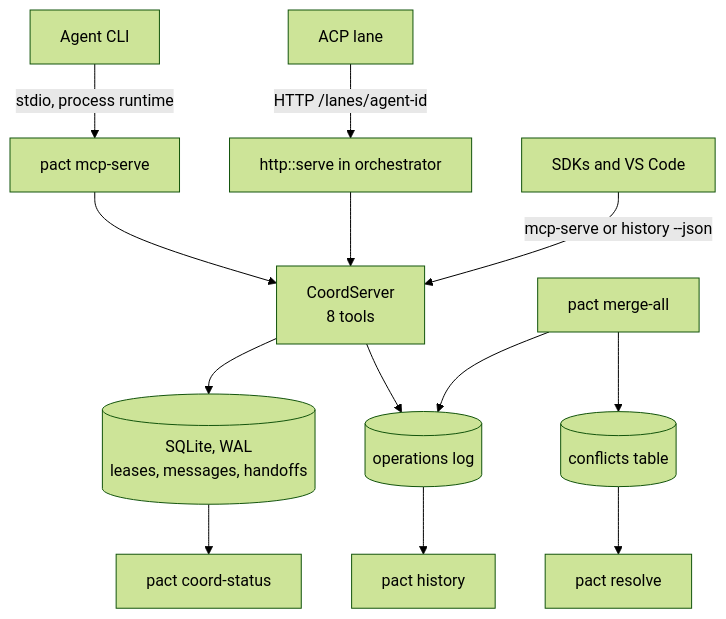
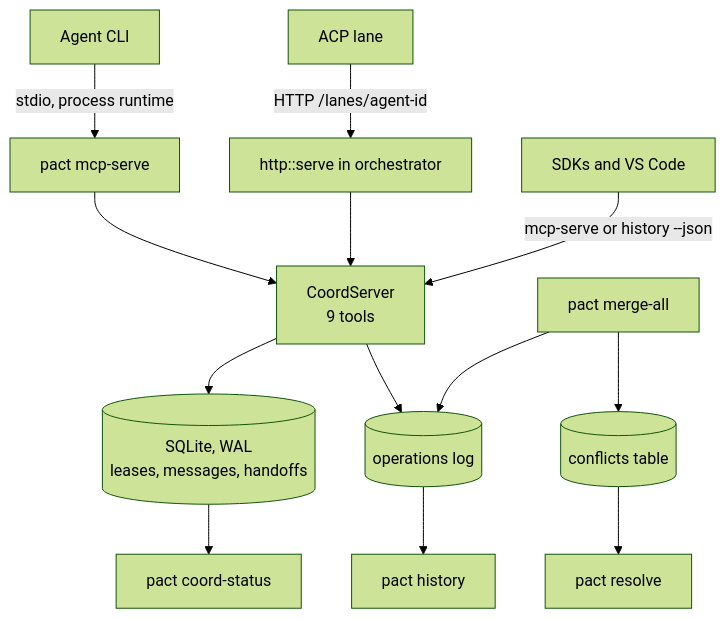
One commit to zekariasasaminew/pact changed the diagram in docs/design/coord.md. Above: the diagram before and after it, drawn with Mermaid (forest theme). The commit also changed other lines of this file and 18 other files, not shown here.

````diff
--- a/docs/design/coord.md
+++ b/docs/design/coord.md
@@ -20,15 +21,15 @@
 ```mermaid
 flowchart TD
     A["Agent CLI"] -->|"stdio, process runtime"| B["pact mcp-serve"]
     A2["ACP lane"] -->|"HTTP /lanes/agent-id"| C["http::serve in orchestrator"]
-    B --> D["CoordServer<br/>8 tools"]
+    B --> D["CoordServer<br/>9 tools"]
     C --> D
     D --> E[("SQLite, WAL<br/>leases, messages, handoffs")]
     D --> F[("operations log")]
     G["pact merge-all"] --> H[("conflicts table")]
     G --> F
     E --> I["pact coord-status"]
     F --> J["pact history"]
     H --> K["pact resolve"]
     L["SDKs and VS Code"] -->|"mcp-serve or history --json"| D
 ```
````
